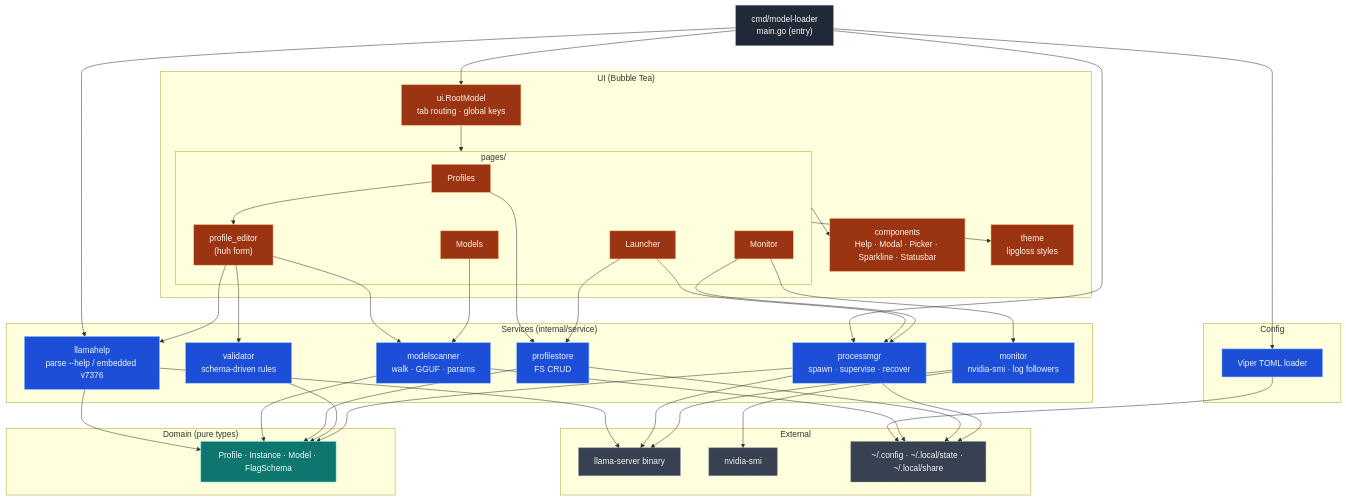
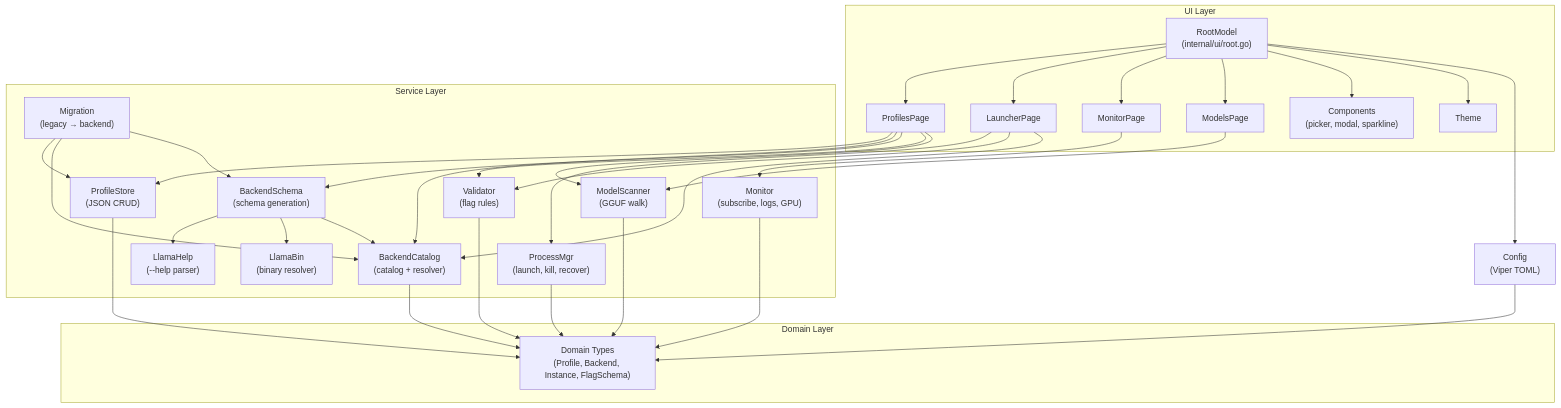
The diagram in ARCHITECTURE.md (quantmind-br/model-loader), drawn with Mermaid before and after one commit. The commit also changed other lines of this file and 58 other files, not shown here.

````diff
--- a/ARCHITECTURE.md
+++ b/ARCHITECTURE.md
@@ -122,79 +46,67 @@
 ```mermaid
-flowchart TB
-    classDef entry fill:#1f2937,stroke:#9ca3af,color:#f9fafb
-    classDef domain fill:#0f766e,stroke:#5eead4,color:#ecfeff
-    classDef service fill:#1d4ed8,stroke:#93c5fd,color:#eff6ff
-    classDef ui fill:#9a3412,stroke:#fdba74,color:#fff7ed
-    classDef io fill:#374151,stroke:#9ca3af,color:#f3f4f6,stroke-dasharray: 4 2
-
-    CMD["cmd/model-loader<br/>main.go (entry)"]:::entry
-
-    subgraph DOM["Domain (pure types)"]
-        DomainTypes["Profile · Instance · Model · FlagSchema"]:::domain
+graph TD
+    subgraph "UI Layer"
+        Root["RootModel<br/>(internal/ui/root.go)"]
+        Profiles["ProfilesPage"]
+        Launcher["LauncherPage"]
+        MonitorPg["MonitorPage"]
+        ModelsPg["ModelsPage"]
+        Components["Components<br/>(picker, modal, sparkline)"]
+        Theme["Theme"]
     end
 
-    subgraph CFG["Config"]
-        Config["Viper TOML loader"]:::service
+    subgraph "Service Layer"
+        ProcessMgr["ProcessMgr<br/>(launch, kill, recover)"]
+        MonitorSvc["Monitor<br/>(subscribe, logs, GPU)"]
+        ProfileStore["ProfileStore<br/>(JSON CRUD)"]
+        BackendCatalog["BackendCatalog<br/>(catalog + resolver)"]
+        BackendSchema["BackendSchema<br/>(schema generation)"]
+        LlamaHelp["LlamaHelp<br/>(--help parser)"]
+        LlamaBin["LlamaBin<br/>(binary resolver)"]
+        Validator["Validator<br/>(flag rules)"]
+        ModelScanner["ModelScanner<br/>(GGUF walk)"]
+        Migration["Migration<br/>(legacy → backend)"]
     end
 
-    subgraph SVC["Services (internal/service)"]
-        LlamaHelp["llamahelp<br/>parse --help / embedded v7376"]:::service
-        ModelScanner["modelscanner<br/>walk · GGUF · params"]:::service
-        ProfileStore["profilestore<br/>FS CRUD"]:::service
-        Validator["validator<br/>schema-driven rules"]:::service
-        ProcessMgr["processmgr<br/>spawn · supervise · recover"]:::service
-        Monitor["monitor<br/>nvidia-smi · log followers"]:::service
+    subgraph "Domain Layer"
+        Domain["Domain Types<br/>(Profile, Backend, Instance, FlagSchema)"]
     end
 
-    subgraph UI["UI (Bubble Tea)"]
-        Root["ui.RootModel<br/>tab routing · global keys"]:::ui
-        Components["components<br/>Help · Modal · Picker · Sparkline · Statusbar"]:::ui
-        Theme["theme<br/>lipgloss styles"]:::ui
-        subgraph Pages["pages/"]
-            Profiles["Profiles"]:::ui
-            Models["Models"]:::ui
-            Launcher["Launcher"]:::ui
-            MonitorPage["Monitor"]:::ui
-            Editor["profile_editor<br/>(huh form)"]:::ui
-        end
-    end
+    Config["Config<br/>(Viper TOML)"]
 
-    subgraph EXT["External"]
-        LlamaServer["llama-server binary"]:::io
-        NvidiaSMI["nvidia-smi"]:::io
-        FS["~/.config · ~/.local/state · ~/.local/share"]:::io
-    end
+    Root --> Profiles
+    Root --> Launcher
+    Root --> MonitorPg
+    Root --> ModelsPg
+    Root --> Components
+    Root --> Theme
 
-    CMD --> Config
-    CMD --> LlamaHelp
-    CMD --> ProcessMgr
-    CMD --> Root
+    Profiles --> ProfileStore
+    Profiles --> BackendCatalog
+    Profiles --> BackendSchema
+    Profiles --> Validator
+    Profiles --> ModelScanner
 
-    Config --> FS
-    LlamaHelp --> LlamaServer
-    LlamaHelp --> DomainTypes
-    ModelScanner --> FS
-    ModelScanner --> DomainTypes
-    ProfileStore --> FS
-    ProfileStore --> DomainTypes
-    Validator --> DomainTypes
-    ProcessMgr --> LlamaServer
-    ProcessMgr --> FS
-    ProcessMgr --> DomainTypes
-    Monitor --> NvidiaSMI
-    Monitor --> LlamaServer
+    Launcher --> ProcessMgr
+    Launcher --> Validator
+    Launcher --> BackendCatalog
 
-    Root --> Pages
-    Pages --> Components
-    Pages --> Theme
-    Profiles --> ProfileStore
-    Profiles --> Editor
-    Editor --> Validator
-    Editor --> LlamaHelp
-    Editor --> ModelScanner
-    Models --> ModelScanner
-    Launcher --> ProfileStore
-    Launcher --> ProcessMgr
-    MonitorPage --> Monitor
-    MonitorPage --> ProcessMgr
+    MonitorPg --> MonitorSvc
+    ModelsPg --> ModelScanner
+
+    ProcessMgr --> Domain
+    MonitorSvc --> Domain
+    ProfileStore --> Domain
+    BackendCatalog --> Domain
+    BackendSchema --> LlamaHelp
+    BackendSchema --> LlamaBin
+    BackendSchema --> BackendCatalog
+    Validator --> Domain
+    ModelScanner --> Domain
+    Migration --> ProfileStore
+    Migration --> BackendCatalog
+    Migration --> BackendSchema
+
+    Config --> Domain
+    Root --> Config
 ```
````
